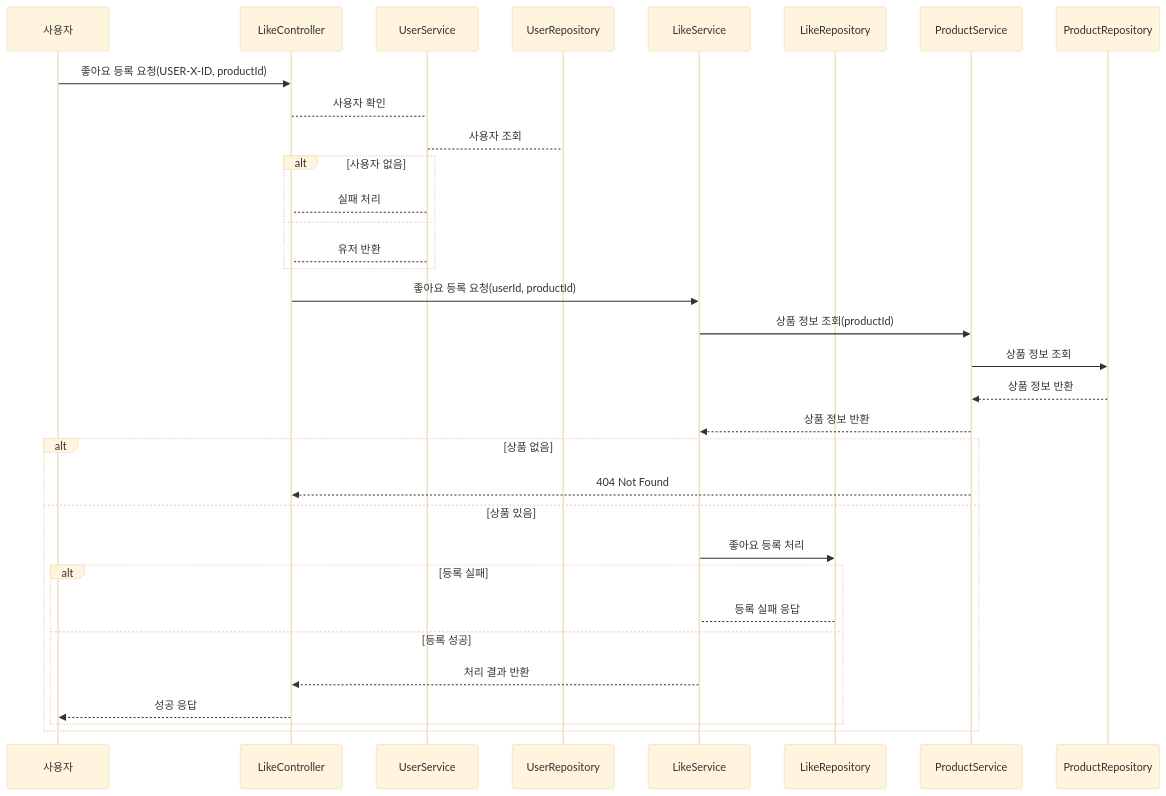
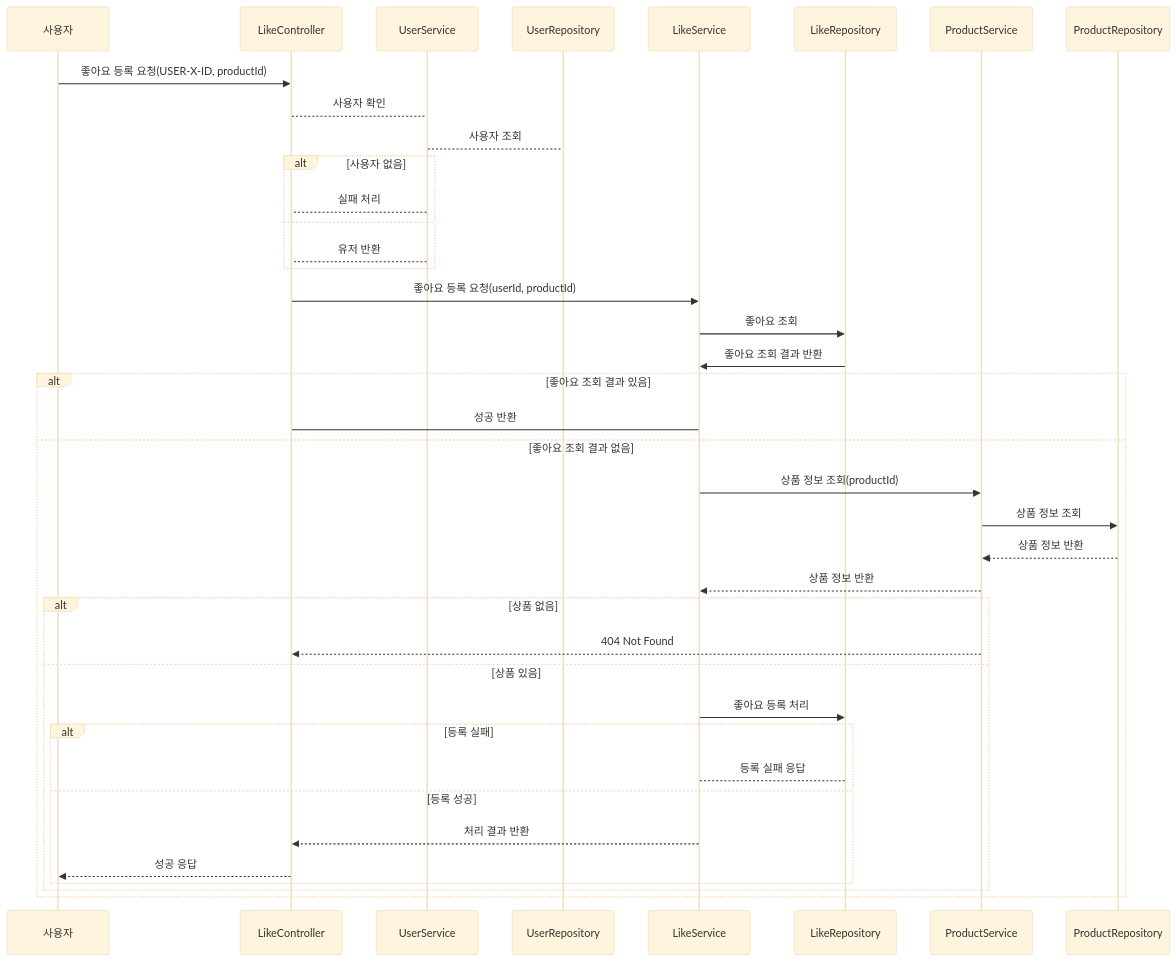
The fourth of 7 diagrams in .docs/02-sequence-diagrams.md (donghyeon3813/vibe-commerce), drawn with Mermaid (base theme) before and after one commit. The commit also changed other lines of this file, not shown here.

Commit message:
docs: 좋아요 등록/해제 멱등성 보장

````diff
--- a/.docs/02-sequence-diagrams.md
+++ b/.docs/02-sequence-diagrams.md
@@ -91,39 +91,44 @@
 ```mermaid
 sequenceDiagram
     participant 사용자
     participant LC as LikeController
     participant US as UserService
     participant UR as UserRepository
     participant LS as LikeService
     participant LR as LikeRepository
     participant PS as ProductService
     participant PR as ProductRepository
     
     
     사용자 ->> LC: 좋아요 등록 요청(USER-X-ID, productId)
     LC --> US: 사용자 확인
     US --> UR: 사용자 조회
     alt 사용자 없음
         US --> LC: 실패 처리
     else
         US --> LC: 유저 반환
     end
     LC ->> LS: 좋아요 등록 요청(userId, productId)
-    LS ->> PS: 상품 정보 조회(productId)
-    PS ->> PR: 상품 정보 조회
-    PR -->> PS: 상품 정보 반환
-    PS -->> LS: 상품 정보 반환
-    alt 상품 없음
-        PS -->> LC: 404 Not Found
-    else 상품 있음
-        LS ->> LR: 좋아요 등록 처리
-        alt 등록 실패
-        LR --> LS: 등록 실패 응답
-        else 등록 성공
-            LS -->> LC: 처리 결과 반환
-            LC -->> 사용자: 성공 응답
+    LS ->> LR: 좋아요 조회
+    LR ->> LS: 좋아요 조회 결과 반환
+    alt 좋아요 조회 결과 있음 
+        LS -> LC: 성공 반환
+    else 좋아요 조회 결과 없음
+        LS ->> PS: 상품 정보 조회(productId)
+        PS ->> PR: 상품 정보 조회
+        PR -->> PS: 상품 정보 반환
+        PS -->> LS: 상품 정보 반환
+        alt 상품 없음
+            PS -->> LC: 404 Not Found
+        else 상품 있음
+            LS ->> LR: 좋아요 등록 처리
+            alt 등록 실패
+                LR --> LS: 등록 실패 응답
+            else 등록 성공
+                LS -->> LC: 처리 결과 반환
+                LC -->> 사용자: 성공 응답
+            end
         end
     end
-    
         
 ```
````
